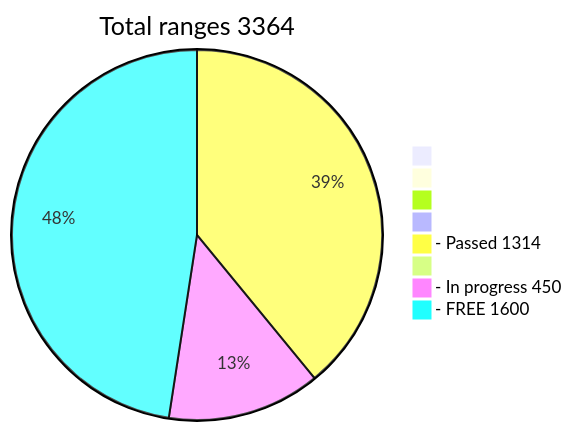
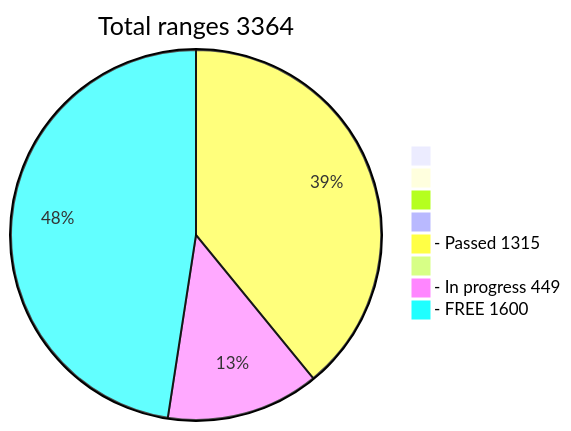
Before and after one commit to phrutis/wif500: the diagram in README.md, drawn with Mermaid.

````diff
--- a/README.md
+++ b/README.md
@@ -16,12 +16,12 @@
 ```mermaid
 pie title Total ranges 3364
              " " : 0
             "  " : 0
            "   " : 0
           "    " : 0
-  "- Passed 1314" : 1314
+  "- Passed 1315" : 1315
          "     " : 0
-  "- In progress 450" : 450
+  "- In progress 449" : 449
    "- FREE 1600" : 1600
    
 ```
````
